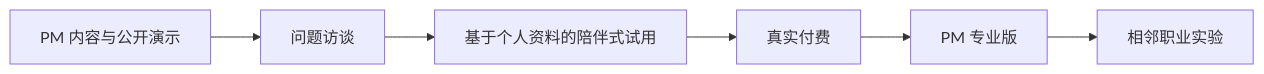
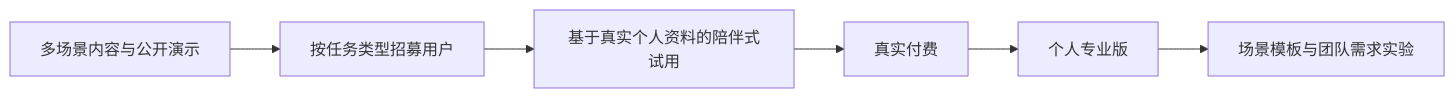
The second of 2 diagrams in docs/product/BRD.md (tangtongqing/pm-knowledge-hub), drawn with Mermaid before and after one commit. The commit also changed other lines of this file and 28 other files, not shown here.

````diff
--- a/docs/product/BRD.md
+++ b/docs/product/BRD.md
@@ -385,8 +417,8 @@
 ```mermaid
 flowchart LR
-    A["PM 内容与公开演示"] --> B["问题访谈"]
-    B --> C["基于个人资料的陪伴式试用"]
+    A["多场景内容与公开演示"] --> B["按任务类型招募用户"]
+    B --> C["基于真实个人资料的陪伴式试用"]
     C --> D["真实付费"]
-    D --> E["PM 专业版"]
-    E --> F["相邻职业实验"]
+    D --> E["个人专业版"]
+    E --> F["场景模板与团队需求实验"]
 ```
````
